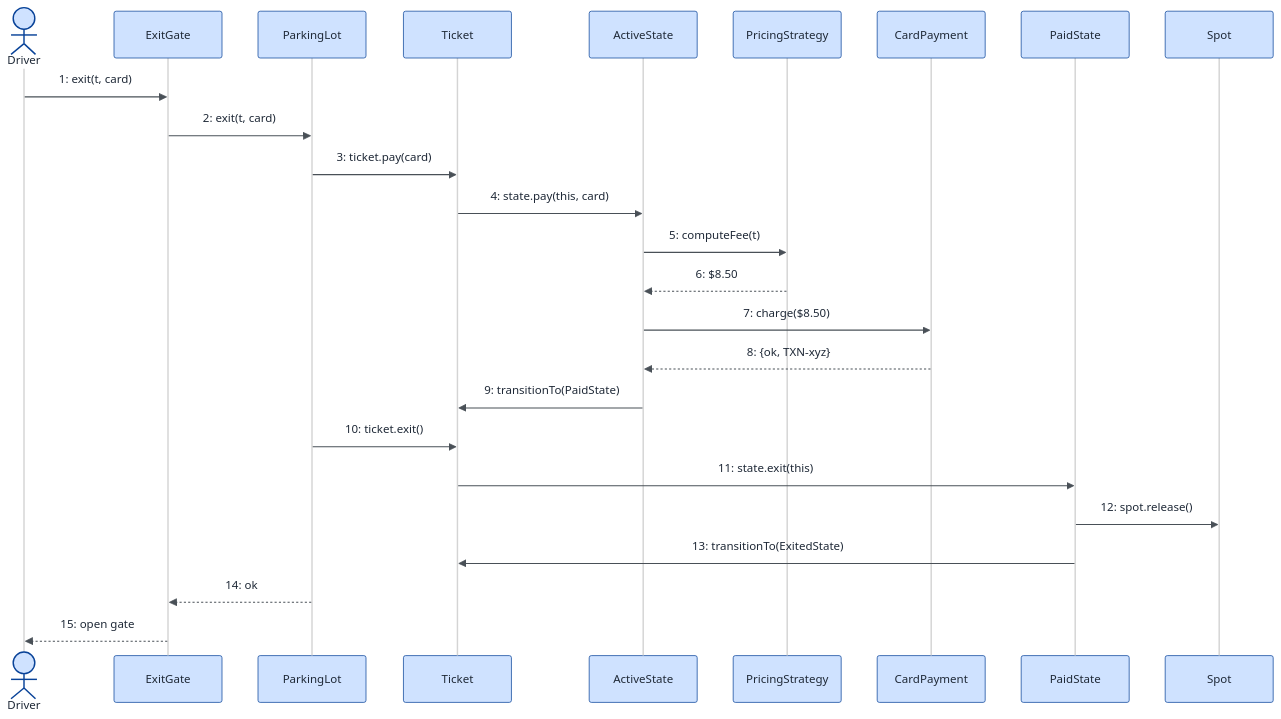
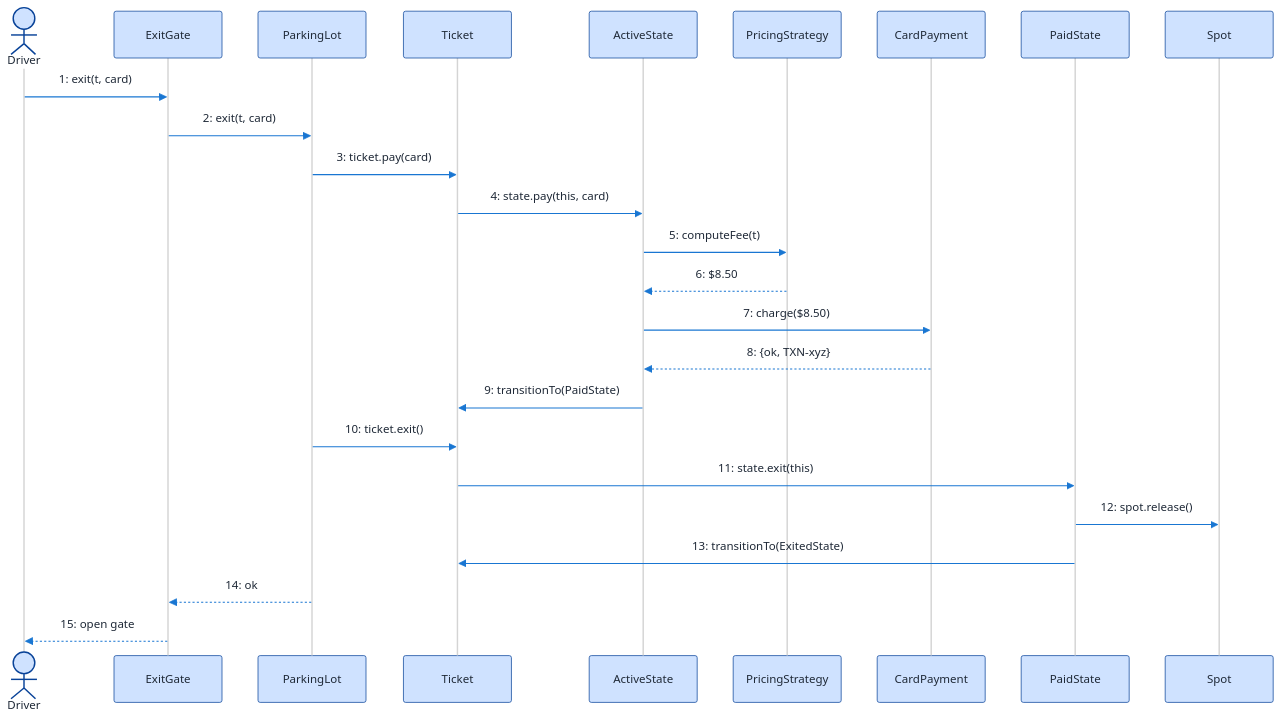
Before and after one commit to Prateek-5/question-bank: the eighth of 8 diagrams in LLD/Topics/Object_Oriented_Design/Parking_Lot.md, drawn with Mermaid. The commit also changed other lines of this file and 3 other files, not shown here.

````diff
--- a/LLD/Topics/Object_Oriented_Design/Parking_Lot.md
+++ b/LLD/Topics/Object_Oriented_Design/Parking_Lot.md
@@ -1354,67 +1354,67 @@
 ```mermaid
 ---
 config:
   theme: neutral
   themeVariables:
     background: '#ffffff'
     primaryColor: '#cfe2ff'
     primaryTextColor: '#1f2937'
     primaryBorderColor: '#084298'
     secondaryColor: '#fff3cd'
     secondaryTextColor: '#1f2937'
     secondaryBorderColor: '#664d03'
     tertiaryColor: '#d1e7dd'
     tertiaryTextColor: '#1f2937'
     tertiaryBorderColor: '#0a3622'
-    lineColor: '#495057'
+    lineColor: '#1976d2'
     textColor: '#1f2937'
     noteBkgColor: '#fff3cd'
     noteTextColor: '#1f2937'
     noteBorderColor: '#997404'
     actorBkg: '#cfe2ff'
     actorBorder: '#084298'
     actorTextColor: '#1f2937'
-    signalColor: '#495057'
+    signalColor: '#1976d2'
     signalTextColor: '#1f2937'
     labelBoxBkgColor: '#ffffff'
     labelBoxBorderColor: '#d3d3d3'
     labelTextColor: '#1f2937'
     edgeLabelBackground: '#ffffff'
     labelBackground: '#ffffff'
     classText: '#1f2937'
     fontFamily: 'system-ui, -apple-system, Segoe UI, Helvetica, Arial, sans-serif'
   themeCSS: |
     .messageText, .labelText, .sequenceNumber {
       paint-order: stroke fill;
       stroke: #ffffff;
       stroke-width: 5px;
       stroke-linejoin: round;
       stroke-linecap: round;
     }
 ---
 sequenceDiagram
   actor Driver
   participant ExitGate
   participant Lot as ParkingLot
   participant Ticket
   participant Active as ActiveState
   participant Pricing as PricingStrategy
   participant Card as CardPayment
   participant Paid as PaidState
   participant Spot
   Driver->>ExitGate: 1: exit(t, card)
   ExitGate->>Lot: 2: exit(t, card)
   Lot->>Ticket: 3: ticket.pay(card)
   Ticket->>Active: 4: state.pay(this, card)
   Active->>Pricing: 5: computeFee(t)
   Pricing-->>Active: 6: $8.50
   Active->>Card: 7: charge($8.50)
   Card-->>Active: 8: {ok, TXN-xyz}
   Active->>Ticket: 9: transitionTo(PaidState)
   Lot->>Ticket: 10: ticket.exit()
   Ticket->>Paid: 11: state.exit(this)
   Paid->>Spot: 12: spot.release()
   Paid->>Ticket: 13: transitionTo(ExitedState)
   Lot-->>ExitGate: 14: ok
   ExitGate-->>Driver: 15: open gate
 ```
````
